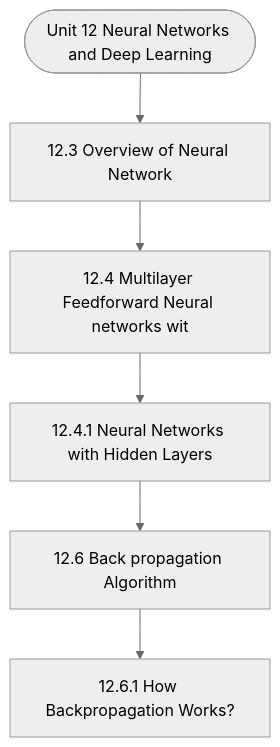
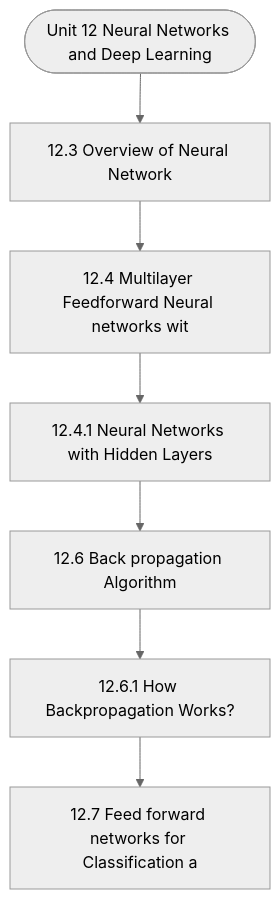
The diagram in notes/Semester_2/MCS-224_Artificial_Intelligence_&_Machine_Learning/unit_12_Neural_Networks_and_Deep_Learning.md (Asutosh-Coaching/mscdsa), drawn with Mermaid (neutral theme) before and after one commit. The commit also changed other lines of this file and 116 other files, not shown here.

````diff
--- a/notes/Semester_2/MCS-224_Artificial_Intelligence_&_Machine_Learning/unit_12_Neural_Networks_and_Deep_Learning.md
+++ b/notes/Semester_2/MCS-224_Artificial_Intelligence_&_Machine_Learning/unit_12_Neural_Networks_and_Deep_Learning.md
@@ -19,14 +19,16 @@
 ```mermaid
 flowchart TD
   Start(["Unit 12 Neural Networks and Deep Learning"])
   N1["12.3 Overview of Neural Network"]
   N2["12.4 Multilayer Feedforward Neural networks wit"]
   N3["12.4.1 Neural Networks with Hidden Layers"]
   N4["12.6 Back propagation Algorithm"]
   N5["12.6.1 How Backpropagation Works?"]
+  N6["12.7 Feed forward networks for Classification a"]
   Start --> N1
   N1 --> N2
   N2 --> N3
   N3 --> N4
   N4 --> N5
+  N5 --> N6
 ```
````
